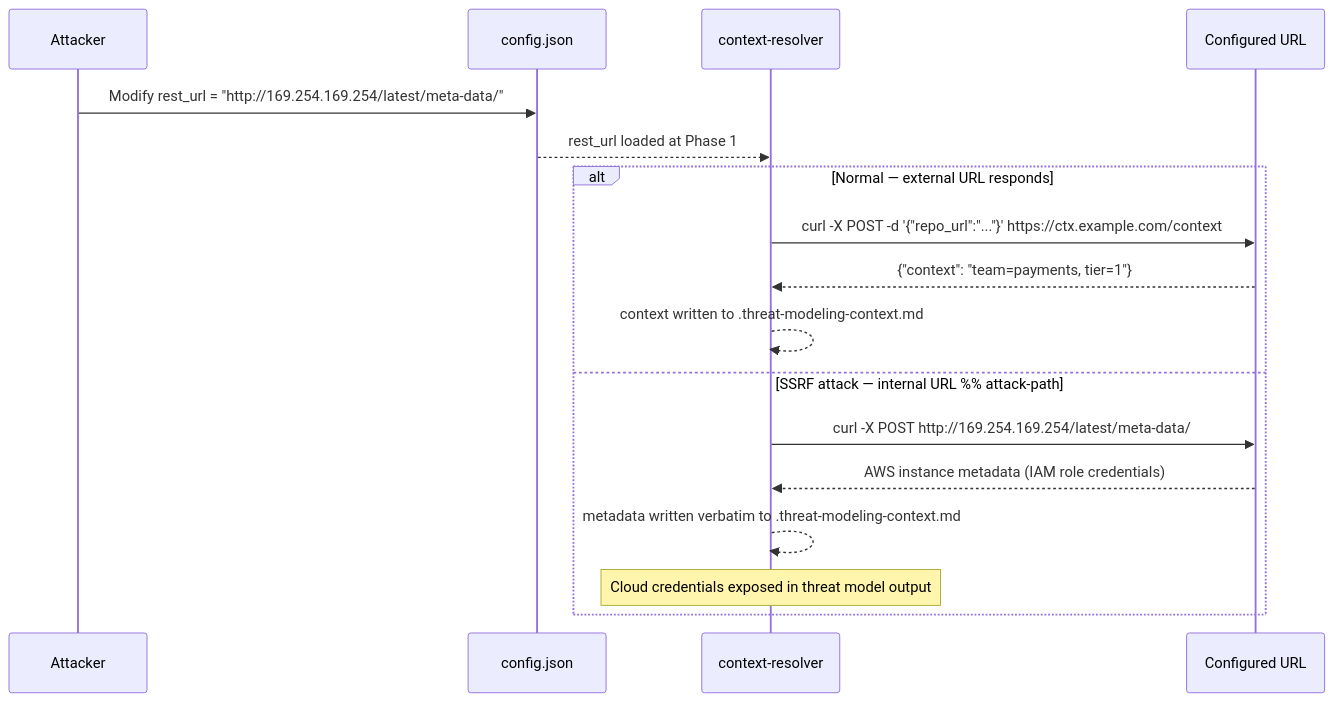
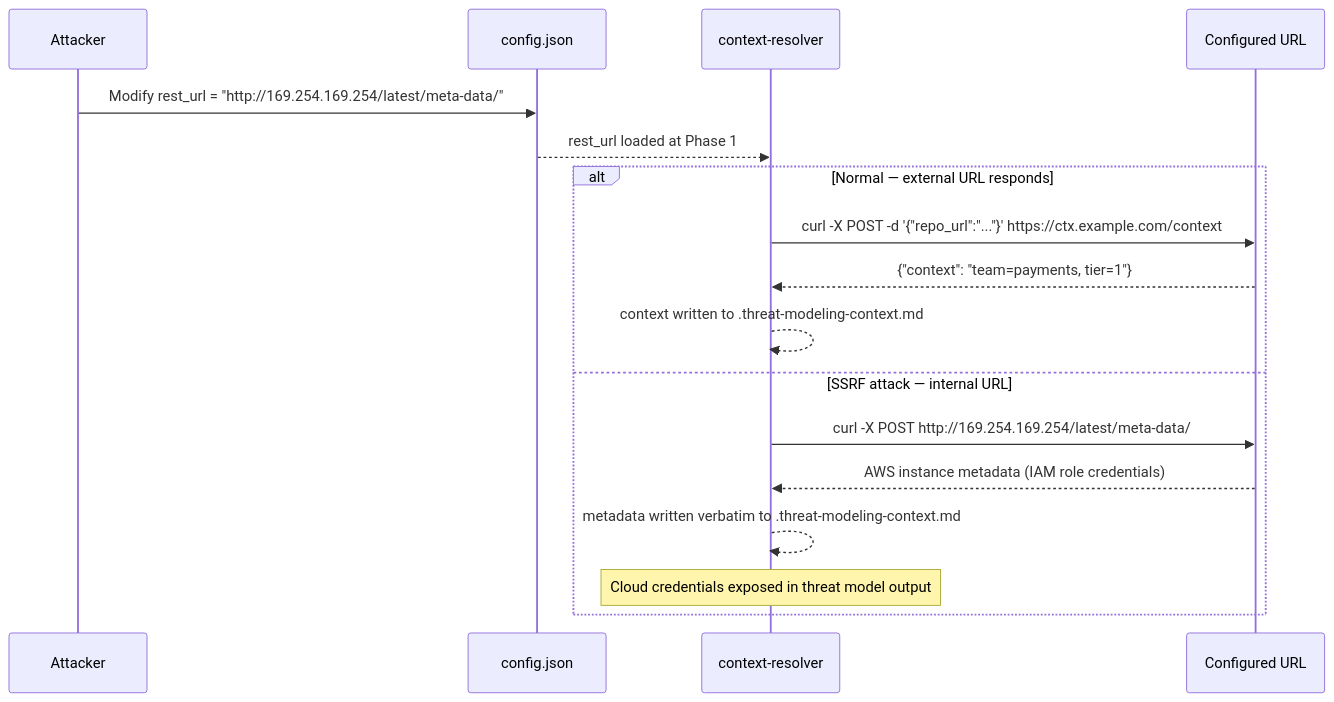
The sixth of 8 diagrams in docs/security/threat-model.md (appsec-foundry/appsec-advisor), drawn with Mermaid before and after one commit. The commit also changed other lines of this file and 14 other files, not shown here.

````diff
--- a/docs/security/threat-model.md
+++ b/docs/security/threat-model.md
@@ -335,23 +680,23 @@
 ```mermaid
 sequenceDiagram
     %% components: plugin-core
     %% stride: I, S
     participant Attacker as Attacker
     participant Config as config.json
     participant CTX as context-resolver
     participant URL as Configured URL
 
     Attacker->>Config: Modify rest_url = "http://169.254.169.254/latest/meta-data/"
     Config-->>CTX: rest_url loaded at Phase 1
 
     alt Normal — external URL responds
         CTX->>URL: curl -X POST -d '{"repo_url":"..."}' https://ctx.example.com/context
         URL-->>CTX: {"context": "team=payments, tier=1"}
         CTX-->>CTX: context written to .threat-modeling-context.md
-    else SSRF attack — internal URL %% attack-path
+    else SSRF attack — internal URL
         CTX->>URL: curl -X POST http://169.254.169.254/latest/meta-data/
         URL-->>CTX: AWS instance metadata (IAM role credentials)
         CTX-->>CTX: metadata written verbatim to .threat-modeling-context.md
         Note over CTX: Cloud credentials exposed in threat model output
     end
 ```
````
